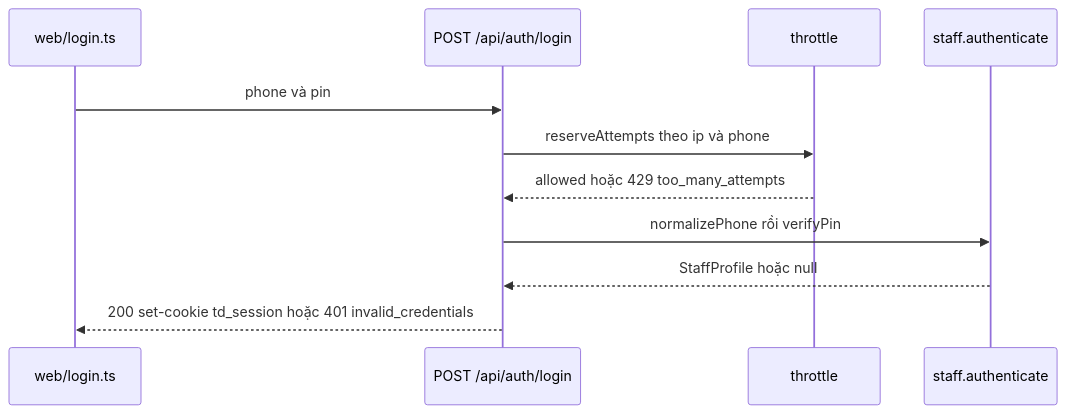
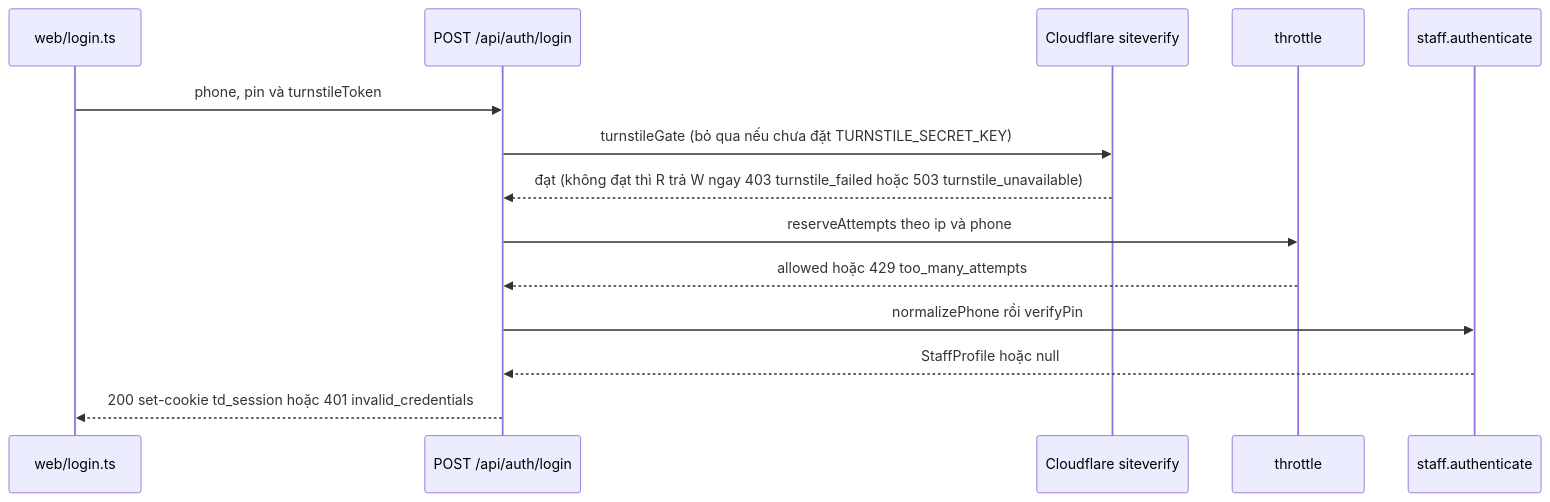
One commit to luutuanvu1010/tourdaobooking changed the fourth of 4 diagrams in docs/SYSTEM-DESIGN.md. Above: the diagram before and after it, drawn with Mermaid. The commit also changed other lines of this file and 17 other files, not shown here.

````diff
--- a/docs/SYSTEM-DESIGN.md
+++ b/docs/SYSTEM-DESIGN.md
@@ -236,13 +241,16 @@
 ```mermaid
 sequenceDiagram
   participant W as web/login.ts
   participant R as POST /api/auth/login
+  participant C as Cloudflare siteverify
   participant T as throttle
   participant S as staff.authenticate
-  W->>R: phone và pin
+  W->>R: phone, pin và turnstileToken
+  R->>C: turnstileGate (bỏ qua nếu chưa đặt TURNSTILE_SECRET_KEY)
+  C-->>R: đạt (không đạt thì R trả W ngay 403 turnstile_failed hoặc 503 turnstile_unavailable)
   R->>T: reserveAttempts theo ip và phone
   T-->>R: allowed hoặc 429 too_many_attempts
   R->>S: normalizePhone rồi verifyPin
   S-->>R: StaffProfile hoặc null
   R-->>W: 200 set-cookie td_session hoặc 401 invalid_credentials
 ```
````
